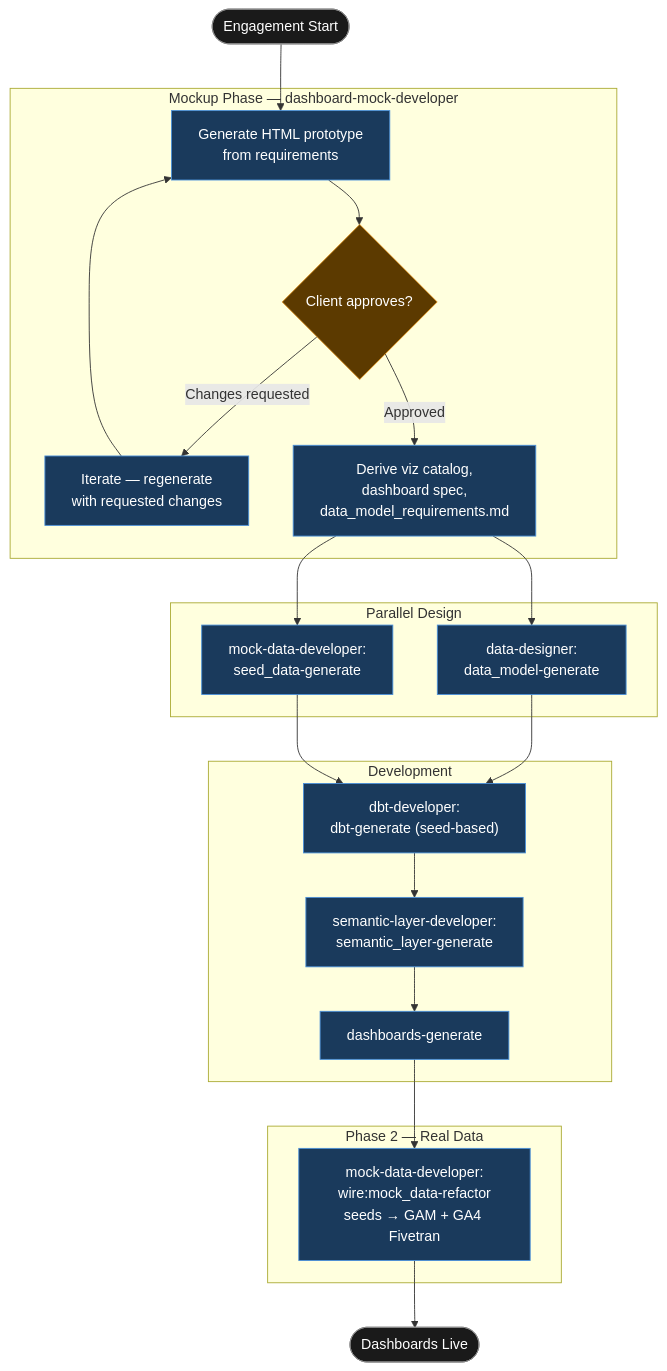
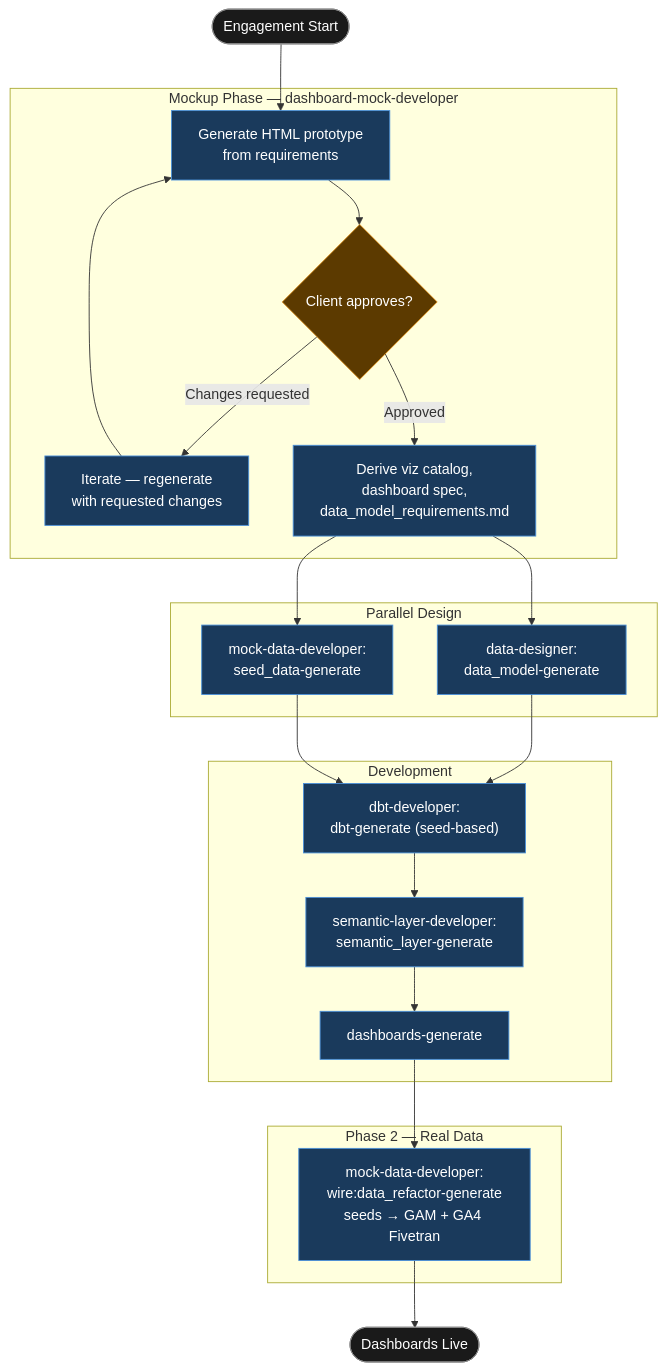
The second of 2 diagrams in docs-site/docs/tutorials/dashboard-first.md (rittmananalytics/wire-plugin-preview), drawn with Mermaid before and after one commit. The commit also changed other lines of this file and 4 other files, not shown here.

````diff
--- a/docs-site/docs/tutorials/dashboard-first.md
+++ b/docs-site/docs/tutorials/dashboard-first.md
@@ -169,48 +169,48 @@
 ```mermaid
 flowchart TD
 
 START([Engagement Start]):::event
 
 subgraph MOCK["Mockup Phase — dashboard-mock-developer"]
     M1["Generate HTML prototype\nfrom requirements"]:::wireCmd
     M2{"Client approves?"}:::decision
     M3["Iterate — regenerate\nwith requested changes"]:::wireCmd
     M4["Derive viz catalog,\ndashboard spec,\ndata_model_requirements.md"]:::wireCmd
 end
 
 subgraph DESIGN["Parallel Design"]
     D1["data-designer:\ndata_model-generate"]:::wireCmd
     D2["mock-data-developer:\nseed_data-generate"]:::wireCmd
 end
 
 subgraph DEV["Development"]
     DBT["dbt-developer:\ndbt-generate (seed-based)"]:::wireCmd
     SL["semantic-layer-developer:\nsemantic_layer-generate"]:::wireCmd
     DASH["dashboards-generate"]:::wireCmd
 end
 
 subgraph PHASE2["Phase 2 — Real Data"]
-    REF["mock-data-developer:\nwire:mock_data-refactor\nseeds → GAM + GA4 Fivetran"]:::wireCmd
+    REF["mock-data-developer:\nwire:data_refactor-generate\nseeds → GAM + GA4 Fivetran"]:::wireCmd
 end
 
 END([Dashboards Live]):::event
 
 START --> M1
 M1 --> M2
 M2 -->|Changes requested| M3
 M3 --> M1
 M2 -->|Approved| M4
 M4 --> D1
 M4 --> D2
 D1 --> DBT
 D2 --> DBT
 DBT --> SL
 SL --> DASH
 DASH --> REF
 REF --> END
 
 classDef wireCmd fill:#1a3a5c,stroke:#4a90d9,color:#fff
 classDef offline fill:#2d4a1e,stroke:#6abf4b,color:#fff
 classDef decision fill:#5c3a00,stroke:#d98c1a,color:#fff
 classDef event fill:#1a1a1a,stroke:#888,color:#fff
 ```
````
